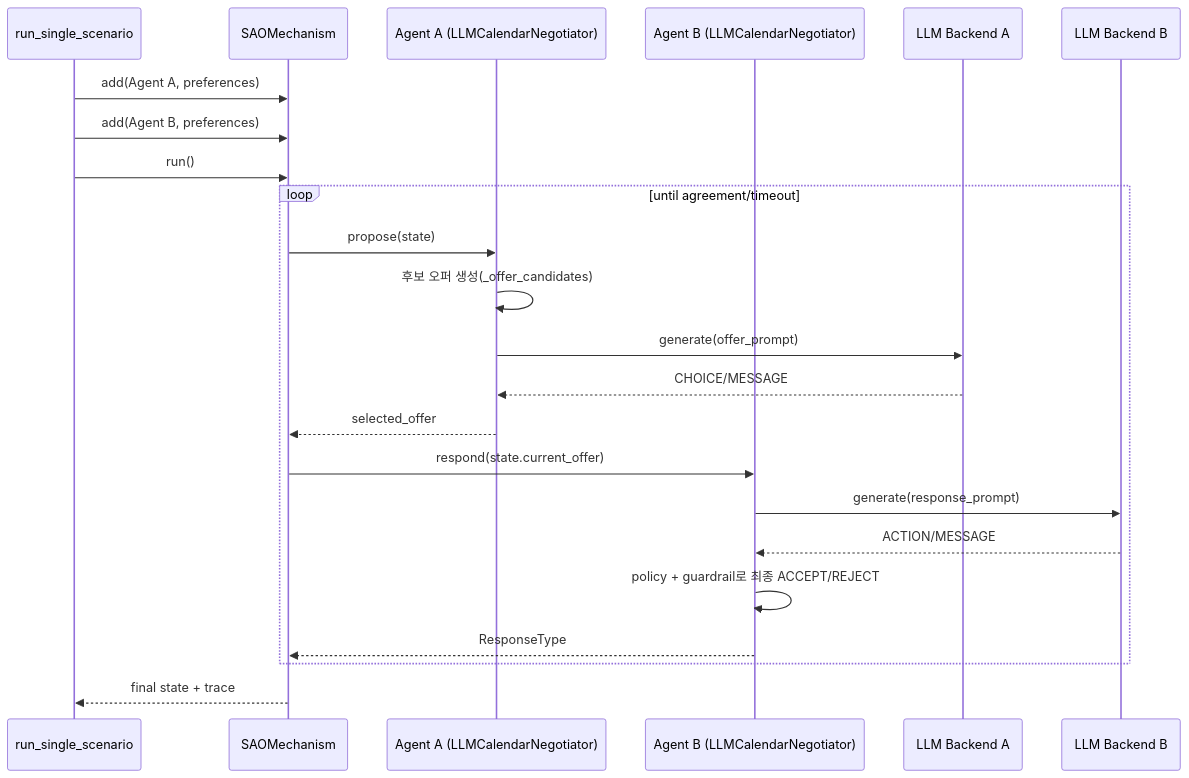
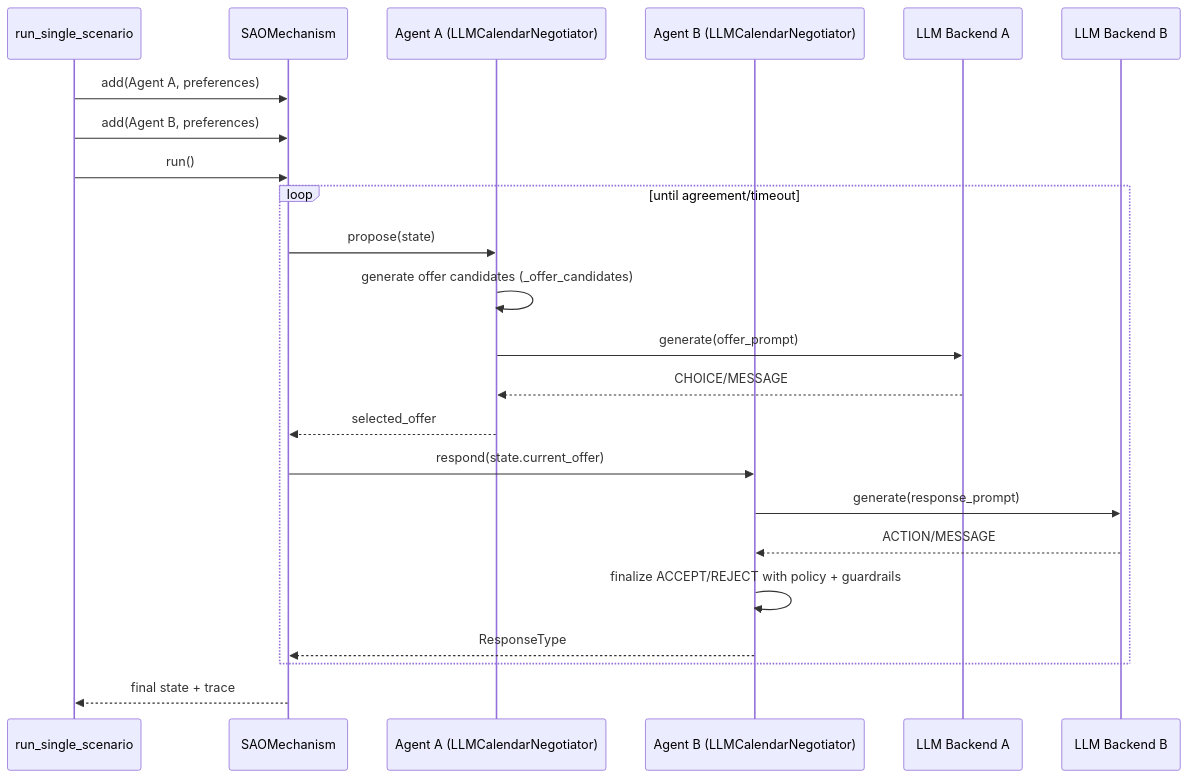
The first of 3 diagrams in docs/NEGOTIATION_MESSAGE_FLOW.md (minsub0922/Agent-Negotiation-Bench), drawn with Mermaid before and after one commit. The commit also changed other lines of this file and 9 other files, not shown here.

````diff
--- a/docs/NEGOTIATION_MESSAGE_FLOW.md
+++ b/docs/NEGOTIATION_MESSAGE_FLOW.md
@@ -24,29 +23,29 @@
 ```mermaid
 sequenceDiagram
     participant Runner as run_single_scenario
     participant Mech as SAOMechanism
     participant A as Agent A (LLMCalendarNegotiator)
     participant B as Agent B (LLMCalendarNegotiator)
     participant LLM_A as LLM Backend A
     participant LLM_B as LLM Backend B
 
     Runner->>Mech: add(Agent A, preferences)
     Runner->>Mech: add(Agent B, preferences)
     Runner->>Mech: run()
 
     loop until agreement/timeout
         Mech->>A: propose(state)
-        A->>A: 후보 오퍼 생성(_offer_candidates)
+        A->>A: generate offer candidates (_offer_candidates)
         A->>LLM_A: generate(offer_prompt)
         LLM_A-->>A: CHOICE/MESSAGE
         A-->>Mech: selected_offer
 
         Mech->>B: respond(state.current_offer)
         B->>LLM_B: generate(response_prompt)
         LLM_B-->>B: ACTION/MESSAGE
-        B->>B: policy + guardrail로 최종 ACCEPT/REJECT
+        B->>B: finalize ACCEPT/REJECT with policy + guardrails
         B-->>Mech: ResponseType
     end
 
     Mech-->>Runner: final state + trace
 ```
````
